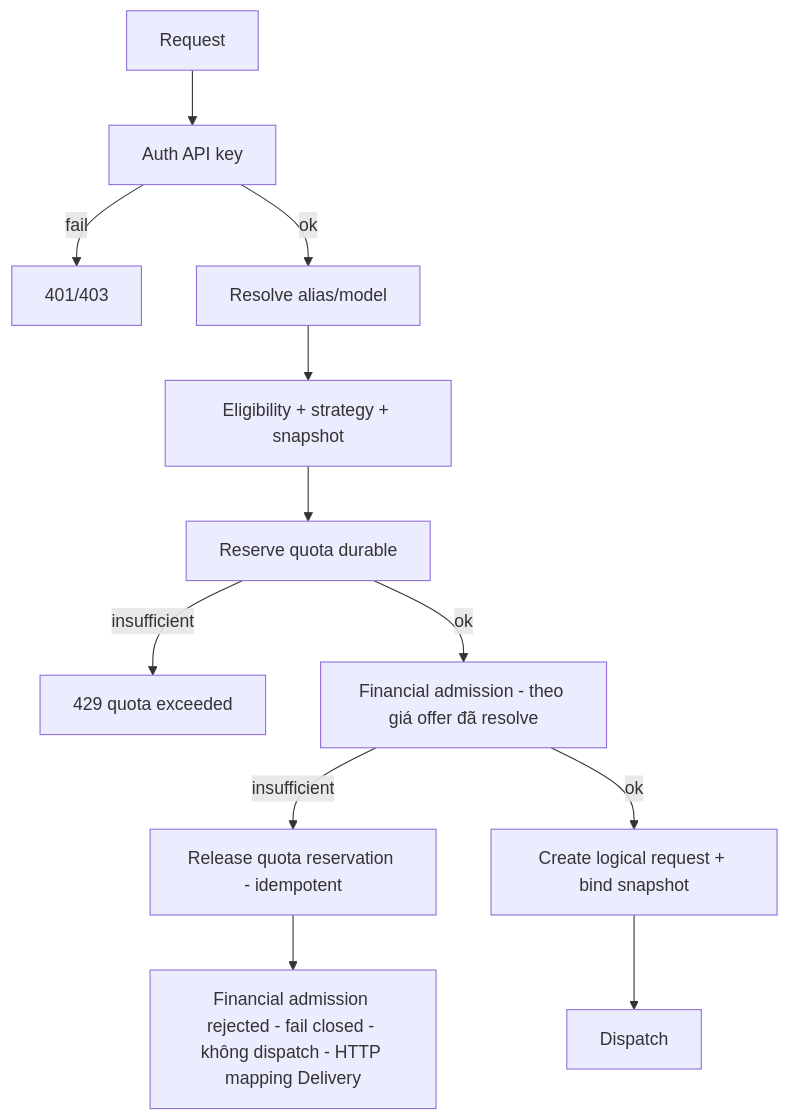
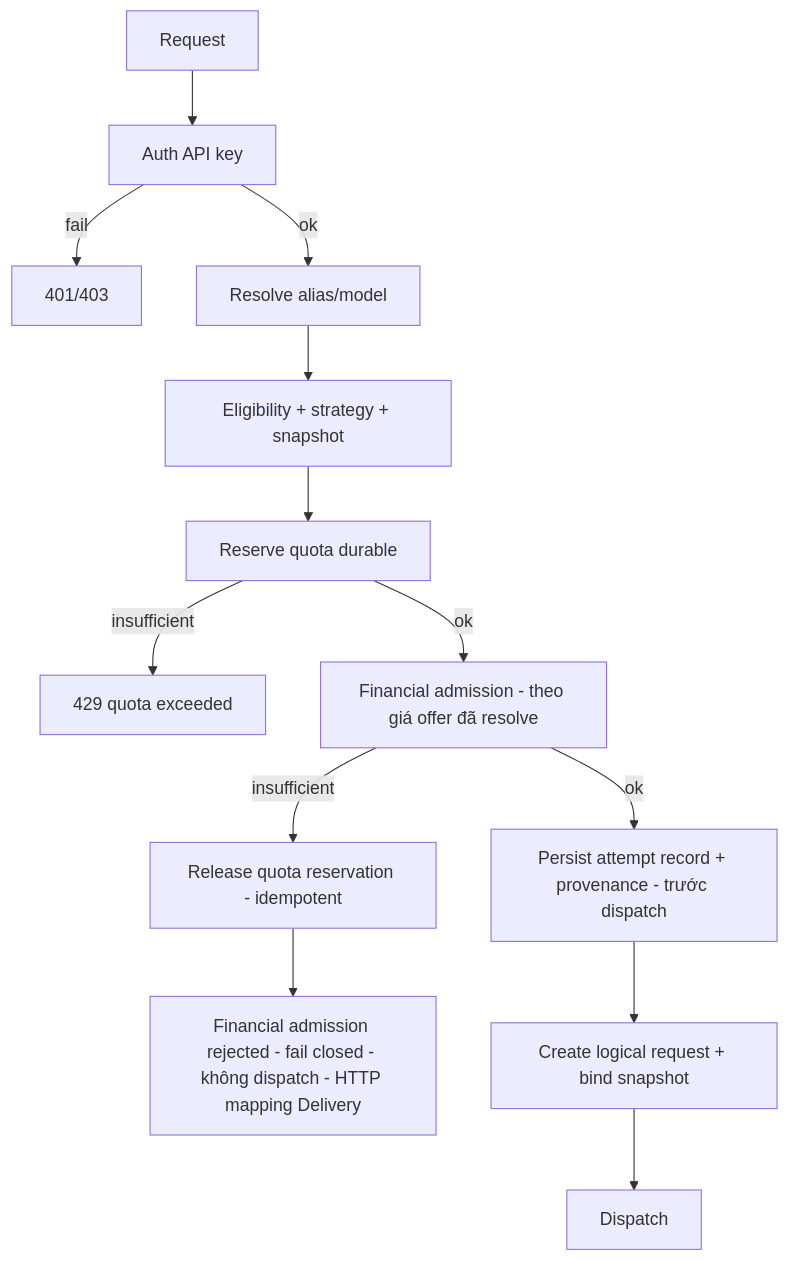
The third of 7 diagrams in docs/applications/llm-api/01-architecture.md (ecoma-io/ecoma), drawn with Mermaid before and after one commit. The commit also changed other lines of this file and 3 other files, not shown here.

````diff
--- a/docs/applications/llm-api/01-architecture.md
+++ b/docs/applications/llm-api/01-architecture.md
@@ -196,14 +198,15 @@
 ```mermaid
 flowchart TD
   R[Request] --> A[Auth API key]
   A -->|fail| E1[401/403]
   A -->|ok| RS[Resolve alias/model]
   RS --> EL[Eligibility + strategy + snapshot]
   EL --> Q[Reserve quota durable]
   Q -->|insufficient| E2[429 quota exceeded]
   Q -->|ok| FA[Financial admission - theo giá offer đã resolve]
   FA -->|insufficient| RQ[Release quota reservation - idempotent]
   RQ --> E3[Financial admission rejected - fail closed - không dispatch - HTTP mapping Delivery]
-  FA -->|ok| LR[Create logical request + bind snapshot]
+  FA -->|ok| AR[Persist attempt record + provenance - trước dispatch]
+  AR --> LR[Create logical request + bind snapshot]
   LR --> D[Dispatch]
 ```
````
